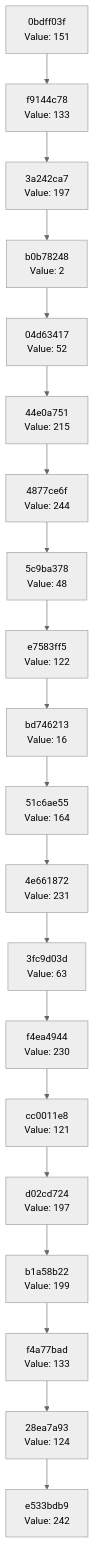
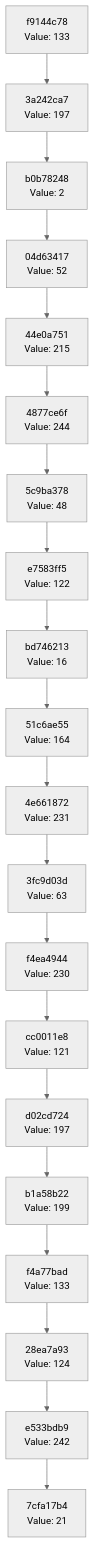
Before and after one commit to Abhisheksinha1506/hash-chain-evolver: the diagram in docs/CHAIN_VISUALIZATION.md, drawn with Mermaid (neutral theme). The commit also changed 3 other files, not shown here.

````diff
--- a/docs/CHAIN_VISUALIZATION.md
+++ b/docs/CHAIN_VISUALIZATION.md
@@ -3,42 +3,42 @@
 ```mermaid
 graph TD
-    C0["e533bdb9<br/>Value: 242"]
-    C1["28ea7a93<br/>Value: 124"]
+    C0["7cfa17b4<br/>Value: 21"]
+    C1["e533bdb9<br/>Value: 242"]
     C1 --> C0
-    C2["f4a77bad<br/>Value: 133"]
+    C2["28ea7a93<br/>Value: 124"]
     C2 --> C1
-    C3["b1a58b22<br/>Value: 199"]
+    C3["f4a77bad<br/>Value: 133"]
     C3 --> C2
-    C4["d02cd724<br/>Value: 197"]
+    C4["b1a58b22<br/>Value: 199"]
     C4 --> C3
-    C5["cc0011e8<br/>Value: 121"]
+    C5["d02cd724<br/>Value: 197"]
     C5 --> C4
-    C6["f4ea4944<br/>Value: 230"]
+    C6["cc0011e8<br/>Value: 121"]
     C6 --> C5
-    C7["3fc9d03d<br/>Value: 63"]
+    C7["f4ea4944<br/>Value: 230"]
     C7 --> C6
-    C8["4e661872<br/>Value: 231"]
+    C8["3fc9d03d<br/>Value: 63"]
     C8 --> C7
-    C9["51c6ae55<br/>Value: 164"]
+    C9["4e661872<br/>Value: 231"]
     C9 --> C8
-    C10["bd746213<br/>Value: 16"]
+    C10["51c6ae55<br/>Value: 164"]
     C10 --> C9
-    C11["e7583ff5<br/>Value: 122"]
+    C11["bd746213<br/>Value: 16"]
     C11 --> C10
-    C12["5c9ba378<br/>Value: 48"]
+    C12["e7583ff5<br/>Value: 122"]
     C12 --> C11
-    C13["4877ce6f<br/>Value: 244"]
+    C13["5c9ba378<br/>Value: 48"]
     C13 --> C12
-    C14["44e0a751<br/>Value: 215"]
+    C14["4877ce6f<br/>Value: 244"]
     C14 --> C13
-    C15["04d63417<br/>Value: 52"]
+    C15["44e0a751<br/>Value: 215"]
     C15 --> C14
-    C16["b0b78248<br/>Value: 2"]
+    C16["04d63417<br/>Value: 52"]
     C16 --> C15
-    C17["3a242ca7<br/>Value: 197"]
+    C17["b0b78248<br/>Value: 2"]
     C17 --> C16
-    C18["f9144c78<br/>Value: 133"]
+    C18["3a242ca7<br/>Value: 197"]
     C18 --> C17
-    C19["0bdff03f<br/>Value: 151"]
+    C19["f9144c78<br/>Value: 133"]
     C19 --> C18
 ```
````
